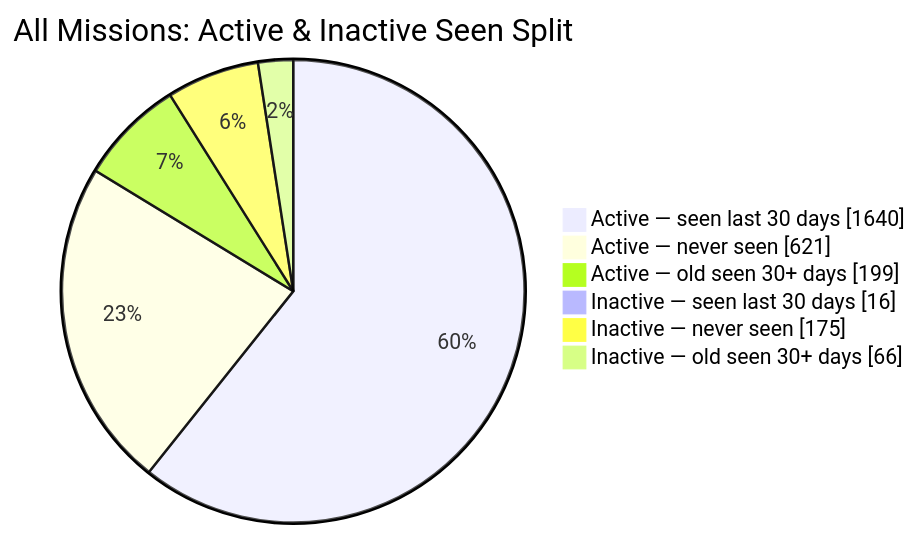
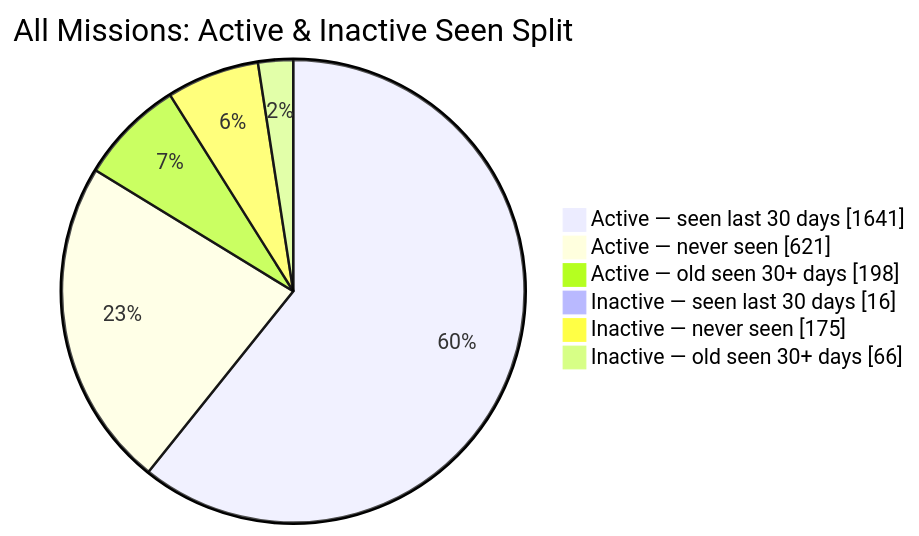
One commit to MeldkamerspelGameTeam/active-missions changed the second of 2 diagrams in README.md. Above: the diagram before and after it, drawn with Mermaid. The commit also changed other lines of this file and 2 other files, not shown here.

````diff
--- a/README.md
+++ b/README.md
@@ -44,10 +44,10 @@
 ```mermaid
 pie showData
     title All Missions: Active & Inactive Seen Split
-    "Active — seen last 30 days" : 1640
+    "Active — seen last 30 days" : 1641
     "Active — never seen" : 621
-    "Active — old seen 30+ days" : 199
+    "Active — old seen 30+ days" : 198
     "Inactive — seen last 30 days" : 16
     "Inactive — never seen" : 175
     "Inactive — old seen 30+ days" : 66
 ```
````
